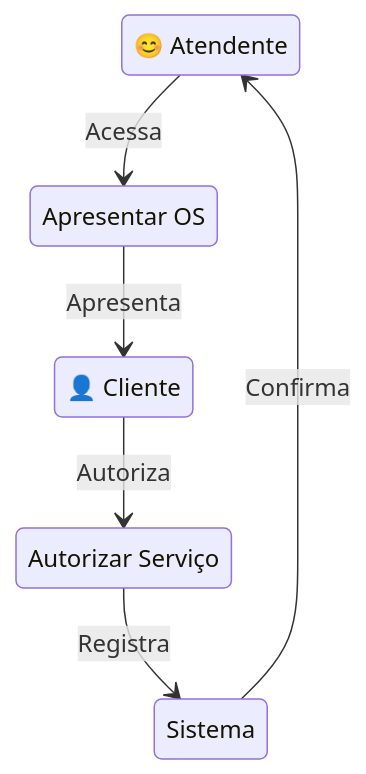
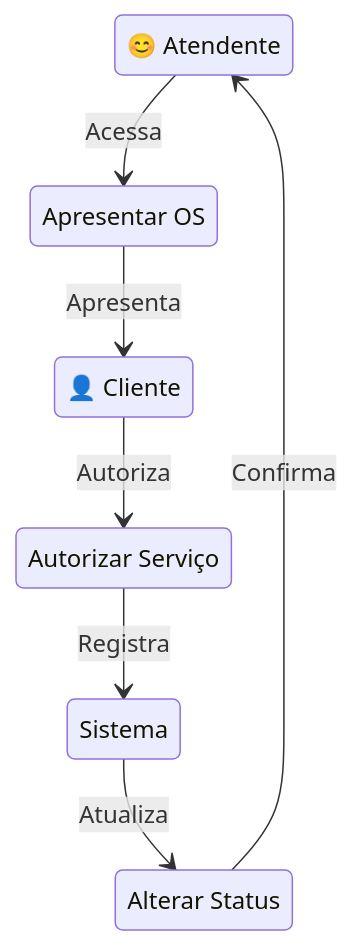
One commit to marcus2703/sistema-ordem-servico-oficina changed the tenth of 11 diagrams in casos_uso.md. Above: the diagram before and after it, drawn with Mermaid. The commit also changed other lines of this file, not shown here.

````diff
--- a/casos_uso.md
+++ b/casos_uso.md
@@ -236,14 +290,16 @@
 ```mermaid
 stateDiagram-v2
     Atendente: 😊 Atendente
     Cliente: 👤 Cliente
     Sistema: Sistema
     ApresentarOS: Apresentar OS
     AutorizarServico: Autorizar Serviço
+    AlterarStatus: Alterar Status
     
     Atendente --> ApresentarOS: Acessa
     ApresentarOS --> Cliente: Apresenta
     Cliente --> AutorizarServico: Autoriza
     AutorizarServico --> Sistema: Registra
-    Sistema --> Atendente: Confirma
+    Sistema --> AlterarStatus: Atualiza
+    AlterarStatus --> Atendente: Confirma
 ```
````
